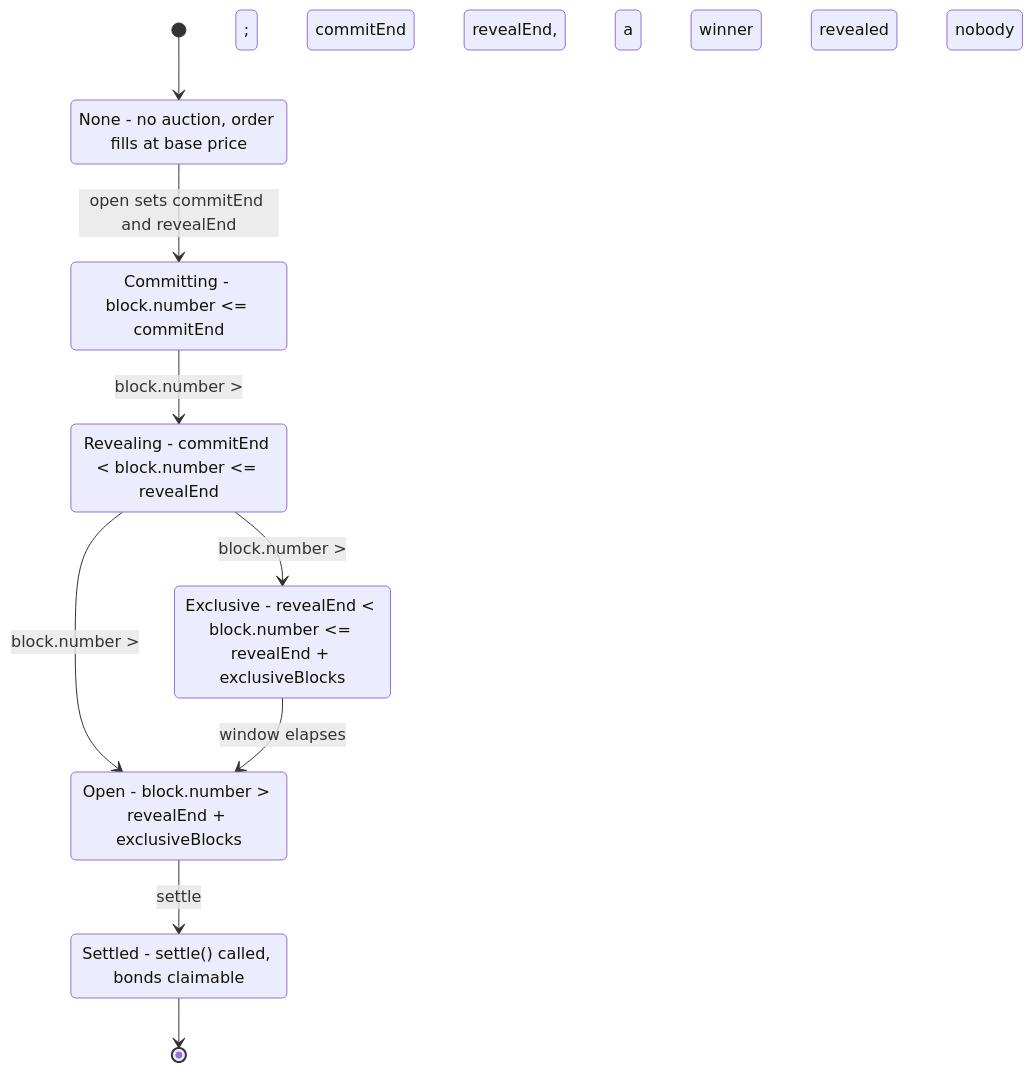
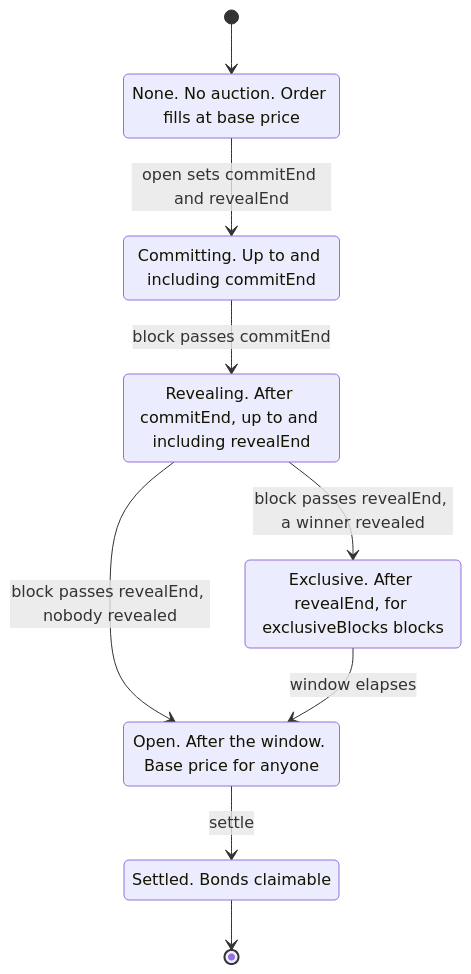
One commit to IIITManjeet/Glasshouse changed the fifth of 5 diagrams in docs/design/HLD.md. Above: the diagram before and after it, drawn with Mermaid. The commit also changed other lines of this file, not shown here.

First line of the commit message:
docs: HLD -- system context, trust model, lifecycle flows

````diff
--- a/docs/design/HLD.md
+++ b/docs/design/HLD.md
@@ -479,19 +479,18 @@
 ```mermaid
 stateDiagram-v2
+    state "None. No auction. Order fills at base price" as None
+    state "Committing. Up to and including commitEnd" as Committing
+    state "Revealing. After commitEnd, up to and including revealEnd" as Revealing
+    state "Exclusive. After revealEnd, for exclusiveBlocks blocks" as Exclusive
+    state "Open. After the window. Base price for anyone" as Open
+    state "Settled. Bonds claimable" as Settled
+
     [*] --> None
     None --> Committing : open sets commitEnd and revealEnd
-
-    state "None - no auction, order fills at base price" as None
-    state "Committing - block.number &lt;= commitEnd" as Committing
-    state "Revealing - commitEnd &lt; block.number &lt;= revealEnd" as Revealing
-    state "Exclusive - revealEnd &lt; block.number &lt;= revealEnd + exclusiveBlocks" as Exclusive
-    state "Open - block.number &gt; revealEnd + exclusiveBlocks" as Open
-    state "Settled - settle() called, bonds claimable" as Settled
-
-    Committing --> Revealing : block.number &gt; commitEnd
-    Revealing --> Exclusive : block.number &gt; revealEnd, a winner revealed
-    Revealing --> Open : block.number &gt; revealEnd, nobody revealed
+    Committing --> Revealing : block passes commitEnd
+    Revealing --> Exclusive : block passes revealEnd, a winner revealed
+    Revealing --> Open : block passes revealEnd, nobody revealed
     Exclusive --> Open : window elapses
     Open --> Settled : settle
     Settled --> [*]
 ```
````
